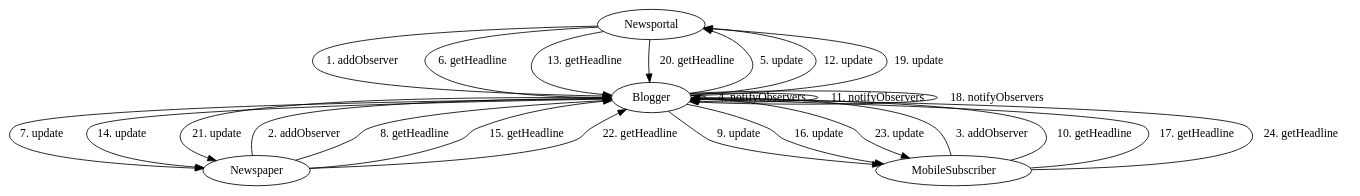
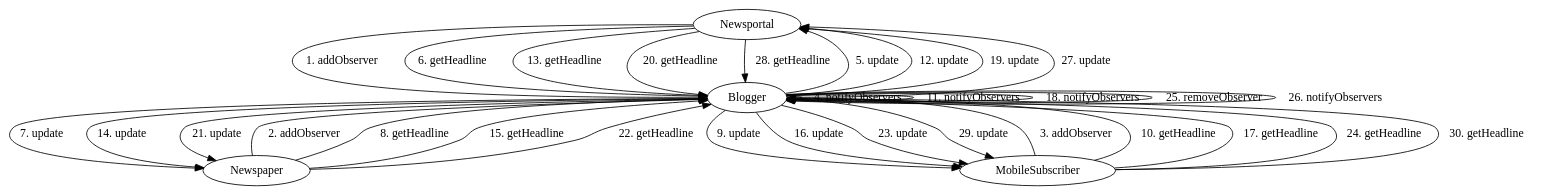
The diagram in callgraph.dot (mikasa511/APP-Assignment-3), drawn with Graphviz before and after one commit. The commit also changed 29 other files, not shown here.

```diff
--- a/callgraph.dot
+++ b/callgraph.dot
@@ -1,34 +1,40 @@
 /*
  * Description: This is an automatically generated .DOT file
  * representing a call graph.
- * Author: Raveena Choudhary - , Umangkumar Maheshbhai Patel - 40228475
- * Date: 
+ * Author: Umangkumar Maheshbhai Patel - 40228475, Raveena Choudhary - 40232370
+ * Date: Sun Oct 30 15:05:35 EDT 2022
  *
  */
 digraph callgraph {
  node [shape = oval];
  Newsportal -> Blogger[ label = "1. addObserver" ];
  Newspaper -> Blogger[ label = "2. addObserver" ];
  MobileSubscriber -> Blogger[ label = "3. addObserver" ];
  Blogger -> Blogger[ label = "4. notifyObservers" ];
  Blogger -> Newsportal[ label = "5. update" ];
  Newsportal -> Blogger[ label = "6. getHeadline" ];
  Blogger -> Newspaper[ label = "7. update" ];
  Newspaper -> Blogger[ label = "8. getHeadline" ];
  Blogger -> MobileSubscriber[ label = "9. update" ];
  MobileSubscriber -> Blogger[ label = "10. getHeadline" ];
  Blogger -> Blogger[ label = "11. notifyObservers" ];
  Blogger -> Newsportal[ label = "12. update" ];
  Newsportal -> Blogger[ label = "13. getHeadline" ];
  Blogger -> Newspaper[ label = "14. update" ];
  Newspaper -> Blogger[ label = "15. getHeadline" ];
  Blogger -> MobileSubscriber[ label = "16. update" ];
  MobileSubscriber -> Blogger[ label = "17. getHeadline" ];
  Blogger -> Blogger[ label = "18. notifyObservers" ];
  Blogger -> Newsportal[ label = "19. update" ];
  Newsportal -> Blogger[ label = "20. getHeadline" ];
  Blogger -> Newspaper[ label = "21. update" ];
  Newspaper -> Blogger[ label = "22. getHeadline" ];
  Blogger -> MobileSubscriber[ label = "23. update" ];
  MobileSubscriber -> Blogger[ label = "24. getHeadline" ];
+ Blogger -> Blogger[ label = "25. removeObserver" ];
+ Blogger -> Blogger[ label = "26. notifyObservers" ];
+ Blogger -> Newsportal[ label = "27. update" ];
+ Newsportal -> Blogger[ label = "28. getHeadline" ];
+ Blogger -> MobileSubscriber[ label = "29. update" ];
+ MobileSubscriber -> Blogger[ label = "30. getHeadline" ];
 }
```
